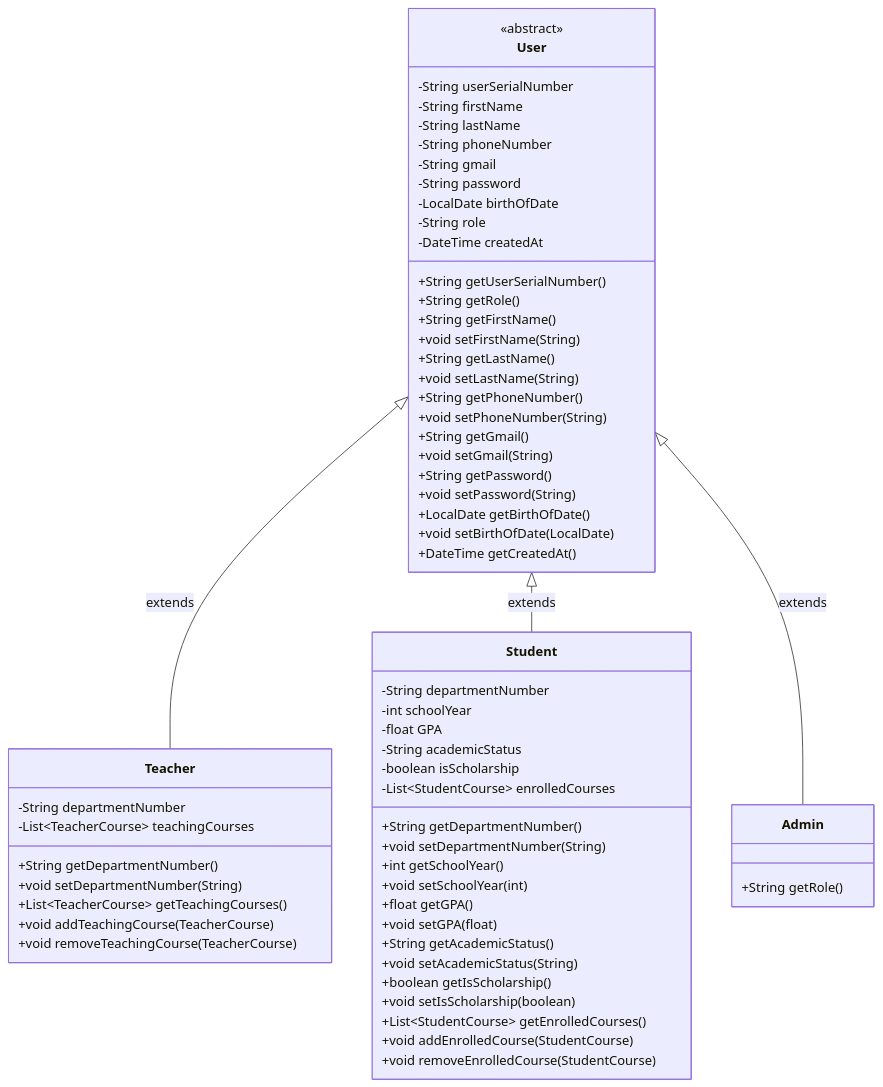
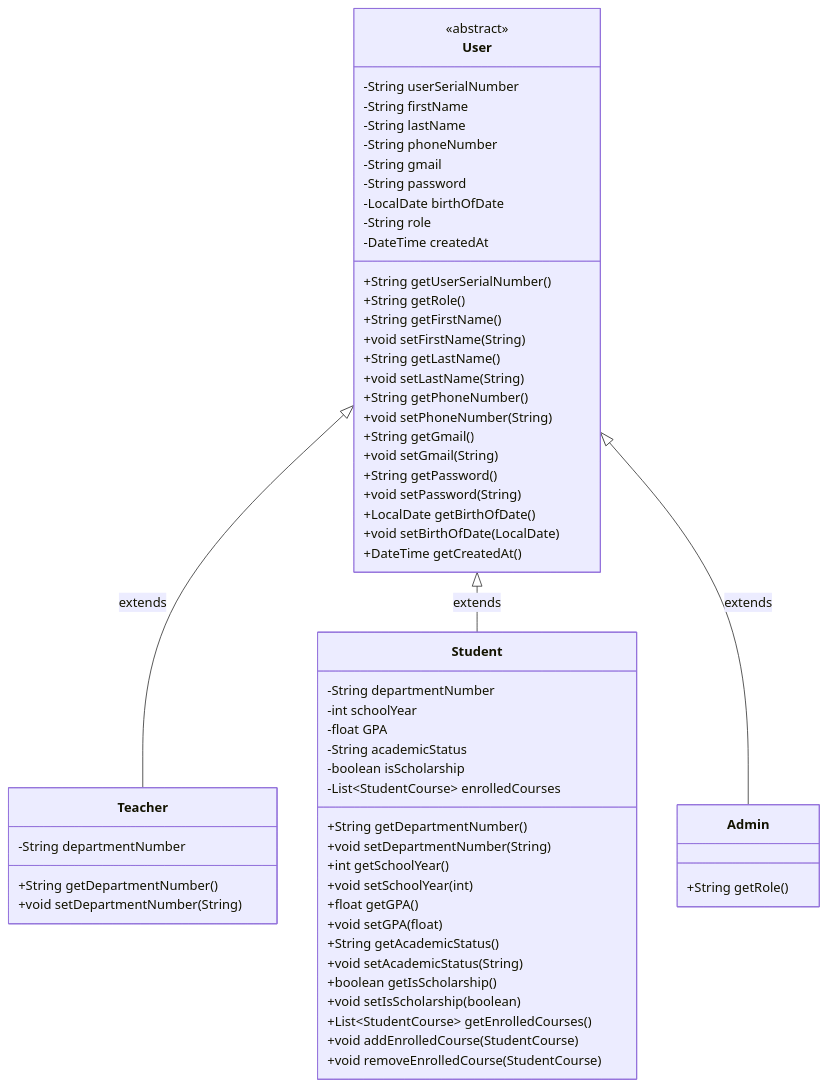
Before and after one commit to Abdelrhmansersawy/EduMatrix: the third of 5 diagrams in README.md, drawn with Mermaid. The commit also changed other lines of this file and 30 other files, not shown here.

Commit message:
initialize project architecture and documentation

````diff
--- a/README.md
+++ b/README.md
@@ -373,71 +326,67 @@
 ```mermaid
 classDiagram
     %% User Management Diagram
     User <|-- Teacher : extends
     User <|-- Student : extends
     User <|-- Admin : extends
 
     class User {
         <<abstract>>
         -String userSerialNumber
         -String firstName
         -String lastName
         -String phoneNumber
         -String gmail
         -String password
         -LocalDate birthOfDate
         -String role
         -DateTime createdAt
         +String getUserSerialNumber()
         +String getRole()
         +String getFirstName()
         +void setFirstName(String)
         +String getLastName()
         +void setLastName(String)
         +String getPhoneNumber()
         +void setPhoneNumber(String)
         +String getGmail()
         +void setGmail(String)
         +String getPassword()
         +void setPassword(String)
         +LocalDate getBirthOfDate()
         +void setBirthOfDate(LocalDate)
         +DateTime getCreatedAt()
     }
 
     class Teacher {
         -String departmentNumber
-        -List~TeacherCourse~ teachingCourses
         +String getDepartmentNumber()
         +void setDepartmentNumber(String)
-        +List~TeacherCourse~ getTeachingCourses()
-        +void addTeachingCourse(TeacherCourse)
-        +void removeTeachingCourse(TeacherCourse)
     }
 
     class Student {
         -String departmentNumber
         -int schoolYear
         -float GPA
         -String academicStatus
         -boolean isScholarship
         -List~StudentCourse~ enrolledCourses
         +String getDepartmentNumber()
         +void setDepartmentNumber(String)
         +int getSchoolYear()
         +void setSchoolYear(int)
         +float getGPA()
         +void setGPA(float)
         +String getAcademicStatus()
         +void setAcademicStatus(String)
         +boolean getIsScholarship()
         +void setIsScholarship(boolean)
         +List~StudentCourse~ getEnrolledCourses()
         +void addEnrolledCourse(StudentCourse)
         +void removeEnrolledCourse(StudentCourse)
     }
 
     class Admin {
         +String getRole()
     }
 ```
````
